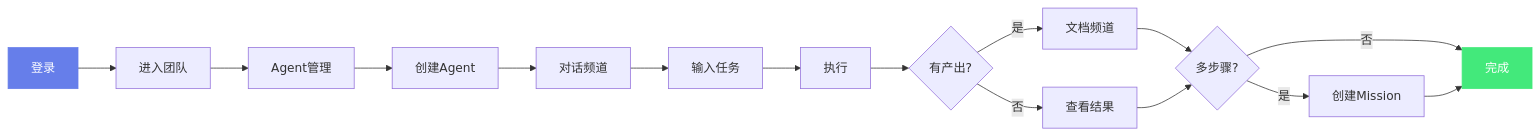
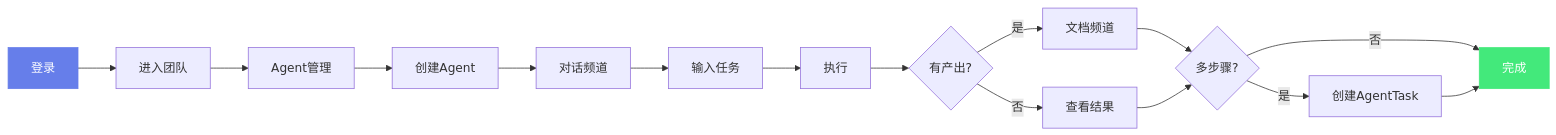
One commit to jsjm1986/AGIME changed the diagram in docs/USER_GUIDE.md. Above: the diagram before and after it, drawn with Mermaid. The commit also changed other lines of this file and 18 other files, not shown here.

````diff
--- a/docs/USER_GUIDE.md
+++ b/docs/USER_GUIDE.md
@@ -39,20 +39,20 @@
 ```mermaid
 graph LR
     A[登录] --> B[进入团队]
     B --> C[Agent管理]
     C --> D[创建Agent]
     D --> E[对话频道]
     E --> F[输入任务]
     F --> G[执行]
     G --> H{有产出?}
     H -->|是| I[文档频道]
     H -->|否| J[查看结果]
     I --> K{多步骤?}
     J --> K
-    K -->|是| M[创建Mission]
+    K -->|是| M[创建AgentTask]
     K -->|否| N[完成]
     M --> N
 
     style A fill:#667eea,stroke:#667eea,color:#ffffff
     style N fill:#43e97b,stroke:#43e97b,color:#ffffff
 ```
````
